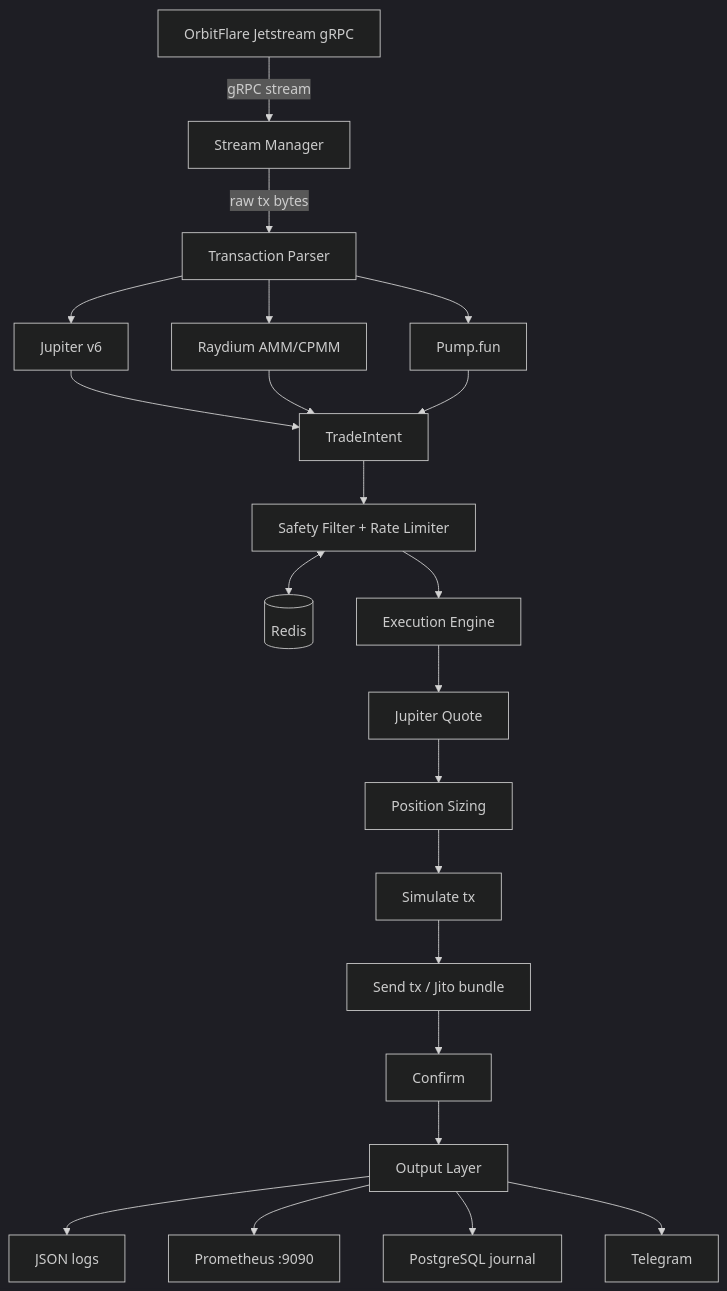
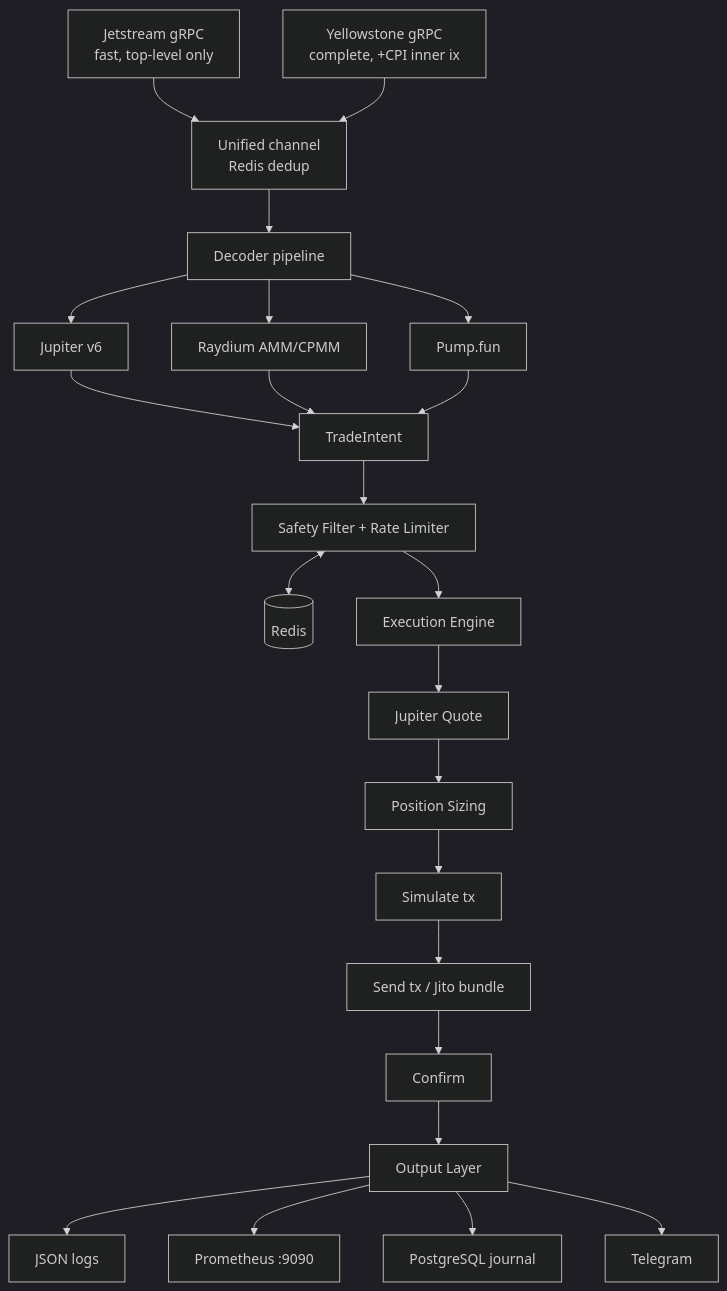
Before and after one commit to orbitflare/templates: the diagram in solana-copy-trader/README.md, drawn with Mermaid (dark theme). The commit also changed other lines of this file and 21 other files, not shown here.

Commit message:
feat: add yellowstone for CPI swap detection

````diff
--- a/solana-copy-trader/README.md
+++ b/solana-copy-trader/README.md
@@ -9,27 +11,28 @@
 ```mermaid
 flowchart TD
-    A[OrbitFlare Jetstream gRPC] -- gRPC stream --> B[Stream Manager]
-    B -- raw tx bytes --> C[Transaction Parser]
+    J[Jetstream gRPC<br/>fast, top-level only] --> M[Unified channel<br/>Redis dedup]
+    Y[Yellowstone gRPC<br/>complete, +CPI inner ix] --> M
+    M --> C[Decoder pipeline]
 
     C --> C1[Jupiter v6]
     C --> C2[Raydium AMM/CPMM]
     C --> C3[Pump.fun]
 
     C1 & C2 & C3 --> D[TradeIntent]
 
     D --> E[Safety Filter + Rate Limiter]
     E <--> F[(Redis)]
 
     E --> G[Execution Engine]
     G --> G1[Jupiter Quote]
     G1 --> G2[Position Sizing]
     G2 --> G3[Simulate tx]
     G3 --> G4[Send tx / Jito bundle]
     G4 --> G5[Confirm]
 
     G5 --> H[Output Layer]
     H --> H1[JSON logs]
     H --> H2[Prometheus :9090]
     H --> H3[PostgreSQL journal]
     H --> H4[Telegram]
 ```
````
